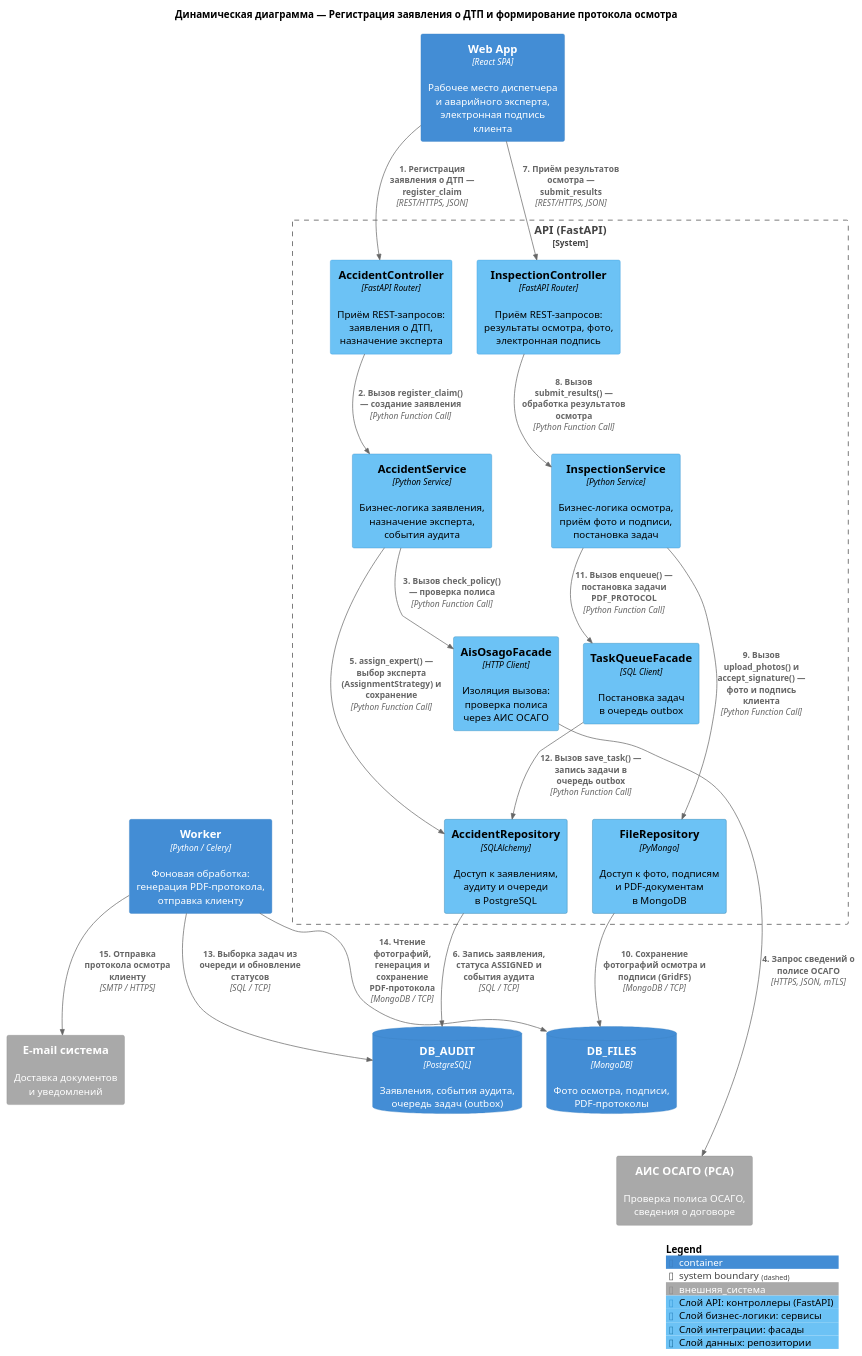
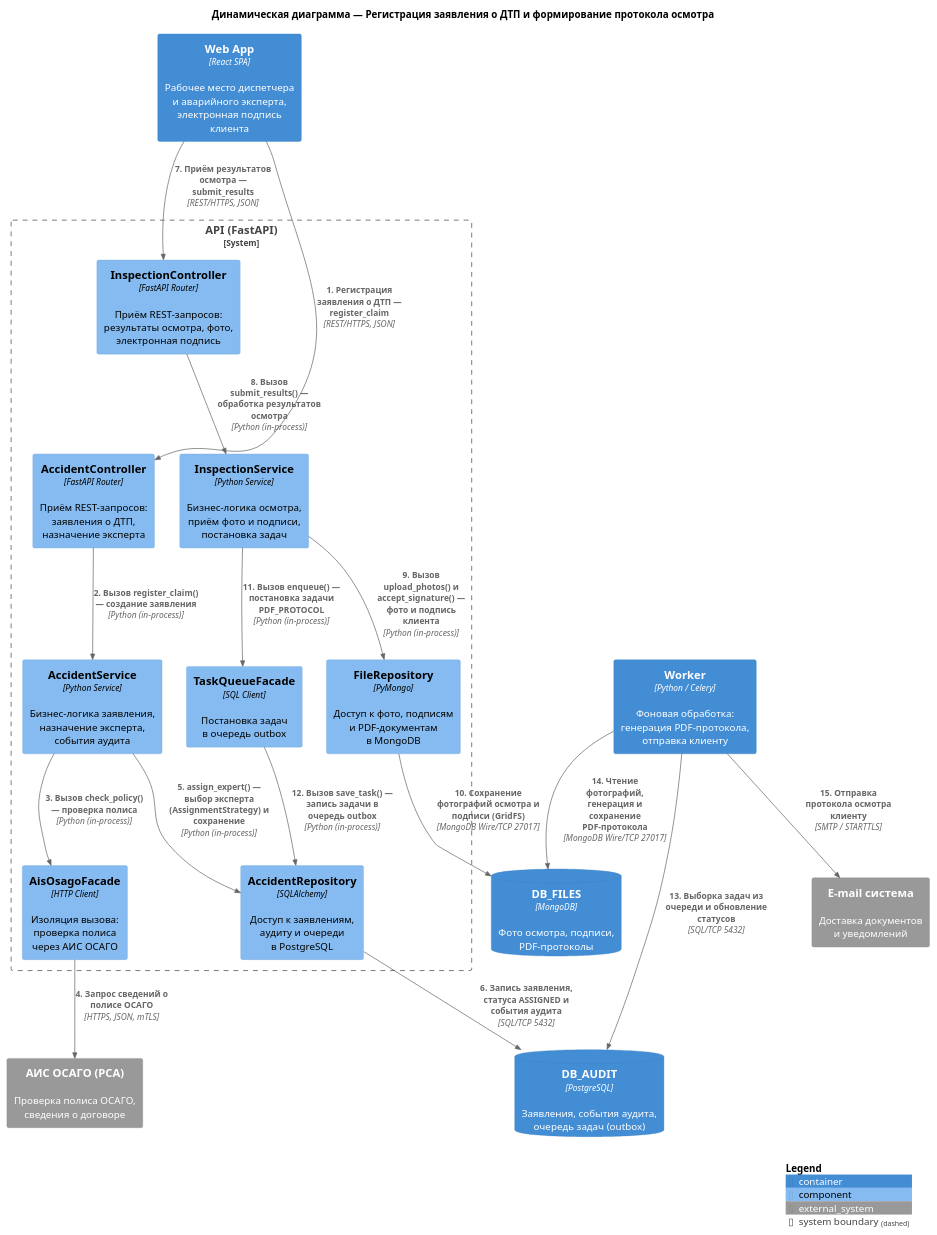
One commit to ElectricLight-ELO/Insurance-system changed the diagram in architecture/src/kiselev_api/dynamic.puml. Above: the diagram before and after it, drawn with PlantUML. The commit also changed 6 other files, not shown here.

Commit message:
kiselev_api: adapt original Dima diagrams to glossary and R1-R7 standards

```diff
--- a/architecture/src/kiselev_api/dynamic.puml
+++ b/architecture/src/kiselev_api/dynamic.puml
@@ -1,84 +1,49 @@
 @startuml
-!include https://raw.githubusercontent.com/plantuml-stdlib/C4-PlantUML/master/C4_Component.puml
+!include ../core/C4_Component.puml
 
 title Динамическая диаграмма — Регистрация заявления о ДТП и формирование протокола осмотра
-
-AddSystemTag("внешняя_система", $bgColor="#A9A9A9", $borderColor="#8A8A8A", $fontColor="#FFFFFF")
-AddComponentTag("api", $bgColor="#6cc2f5", $borderColor="#3A9BD8", $fontColor="#000000", $legendText="Слой API: контроллеры (FastAPI)")
-AddComponentTag("service", $bgColor="#6cc2f5", $borderColor="#2E86C1", $fontColor="#000000", $legendText="Слой бизнес-логики: сервисы")
-AddComponentTag("integration", $bgColor="#6cc2f5", $borderColor="#247FB0", $fontColor="#000000", $legendText="Слой интеграции: фасады")
-AddComponentTag("data", $bgColor="#6cc2f5", $borderColor="#1B6E9C", $fontColor="#000000", $legendText="Слой данных: репозитории")
-
 
 Container(web_app, "Web App", "React SPA", "Рабочее место диспетчера\nи аварийного эксперта,\nэлектронная подпись клиента")
 
 System_Boundary(api, "API (FastAPI)") {
-    Component(c_acc, "AccidentController", "FastAPI Router", "Приём REST-запросов:\nзаявления о ДТП,\nназначение эксперта", $tags="api")
-    Component(c_insp, "InspectionController", "FastAPI Router", "Приём REST-запросов:\nрезультаты осмотра, фото,\nэлектронная подпись", $tags="api")
-    Component(s_acc, "AccidentService", "Python Service", "Бизнес-логика заявления,\nназначение эксперта,\nсобытия аудита", $tags="service")
-    Component(s_insp, "InspectionService", "Python Service", "Бизнес-логика осмотра,\nприём фото и подписи,\nпостановка задач", $tags="service")
-    Component(f_ais, "AisOsagoFacade", "HTTP Client", "Изоляция вызова:\nпроверка полиса\nчерез АИС ОСАГО", $tags="integration")
-    Component(f_task, "TaskQueueFacade", "SQL Client", "Постановка задач\nв очередь outbox", $tags="integration")
-    Component(r_acc, "AccidentRepository", "SQLAlchemy", "Доступ к заявлениям,\naудиту и очереди\nв PostgreSQL", $tags="data")
-    Component(r_file, "FileRepository", "PyMongo", "Доступ к фото, подписям\nи PDF-документам\nв MongoDB", $tags="data")
+    Component(accident_comp, "AccidentController", "FastAPI Router", "Приём REST-запросов:\nзаявления о ДТП,\nназначение эксперта", $tags="layer_api")
+    Component(inspection_comp, "InspectionController", "FastAPI Router", "Приём REST-запросов:\nрезультаты осмотра, фото,\nэлектронная подпись", $tags="layer_api")
+    Component(s_acc, "AccidentService", "Python Service", "Бизнес-логика заявления,\nназначение эксперта,\nсобытия аудита", $tags="layer_service")
+    Component(s_insp, "InspectionService", "Python Service", "Бизнес-логика осмотра,\nприём фото и подписи,\nпостановка задач", $tags="layer_service")
+    Component(f_ais, "AisOsagoFacade", "HTTP Client", "Изоляция вызова:\nпроверка полиса\nчерез АИС ОСАГО", $tags="layer_integration")
+    Component(task_queue_comp, "TaskQueueFacade", "SQL Client", "Постановка задач\nв очередь outbox", $tags="layer_integration")
+    Component(r_acc, "AccidentRepository", "SQLAlchemy", "Доступ к заявлениям,\nаудиту и очереди\nв PostgreSQL", $tags="layer_data")
+    Component(r_file, "FileRepository", "PyMongo", "Доступ к фото, подписям\nи PDF-документам\nв MongoDB", $tags="layer_data")
 }
 
 ContainerDb(db_audit, "DB_AUDIT", "PostgreSQL", "Заявления, события аудита,\nочередь задач (outbox)")
 ContainerDb(db_files, "DB_FILES", "MongoDB", "Фото осмотра, подписи,\nPDF-протоколы")
 
 Container(worker, "Worker", "Python / Celery", "Фоновая обработка:\nгенерация PDF-протокола,\nотправка клиенту")
 
-System_Ext(ais_osago, "АИС ОСАГО (РСА)", "Проверка полиса ОСАГО,\nсведения о договоре", $tags="внешняя_система")
-System_Ext(email_sys, "E-mail система", "Доставка документов\nи уведомлений", $tags="внешняя_система")
-
+System_Ext(ais_osago, "АИС ОСАГО (РСА)", "Проверка полиса ОСАГО,\nсведения о договоре", $tags="ext")
+System_Ext(email_sys, "E-mail система", "Доставка документов\nи уведомлений", $tags="ext")
 
 ' === СЦЕНАРИЙ: ХРОНОЛОГИЯ ВЫЗОВОВ (СКОЗНОЙ ПРОЦЕСС) ===
 
-Rel(web_app, c_acc, "1. Регистрация заявления о ДТП — register_claim", "REST/HTTPS, JSON")
-Rel(c_acc, s_acc, "2. Вызов register_claim() — создание заявления", "Python Function Call")
-Rel(s_acc, f_ais, "3. Вызов check_policy() — проверка полиса", "Python Function Call")
+Rel(web_app, accident_comp, "1. Регистрация заявления о ДТП — register_claim", "REST/HTTPS, JSON")
+Rel(accident_comp, s_acc, "2. Вызов register_claim() — создание заявления", "Python (in-process)")
+Rel(s_acc, f_ais, "3. Вызов check_policy() — проверка полиса", "Python (in-process)")
 Rel(f_ais, ais_osago, "4. Запрос сведений о полисе ОСАГО", "HTTPS, JSON, mTLS")
-Rel(s_acc, r_acc, "5. assign_expert() — выбор эксперта (AssignmentStrategy) и сохранение", "Python Function Call")
-Rel(r_acc, db_audit, "6. Запись заявления, статуса ASSIGNED и события аудита", "SQL / TCP")
+Rel(s_acc, r_acc, "5. assign_expert() — выбор эксперта (AssignmentStrategy) и сохранение", "Python (in-process)")
+Rel(r_acc, db_audit, "6. Запись заявления, статуса ASSIGNED и события аудита", "SQL/TCP 5432")
 
-Rel(web_app, c_insp, "7. Приём результатов осмотра — submit_results", "REST/HTTPS, JSON")
-Rel(c_insp, s_insp, "8. Вызов submit_results() — обработка результатов осмотра", "Python Function Call")
-Rel(s_insp, r_file, "9. Вызов upload_photos() и accept_signature() — фото и подпись клиента", "Python Function Call")
-Rel(r_file, db_files, "10. Сохранение фотографий осмотра и подписи (GridFS)", "MongoDB / TCP")
+Rel(web_app, inspection_comp, "7. Приём результатов осмотра — submit_results", "REST/HTTPS, JSON")
+Rel(inspection_comp, s_insp, "8. Вызов submit_results() — обработка результатов осмотра", "Python (in-process)")
+Rel(s_insp, r_file, "9. Вызов upload_photos() и accept_signature() — фото и подпись клиента", "Python (in-process)")
+Rel(r_file, db_files, "10. Сохранение фотографий осмотра и подписи (GridFS)", "MongoDB Wire/TCP 27017")
 
-Rel(s_insp, f_task, "11. Вызов enqueue() — постановка задачи PDF_PROTOCOL", "Python Function Call")
-Rel(f_task, r_acc, "12. Вызов save_task() — запись задачи в очередь outbox", "Python Function Call")
+Rel(s_insp, task_queue_comp, "11. Вызов enqueue() — постановка задачи PDF_PROTOCOL", "Python (in-process)")
+Rel(task_queue_comp, r_acc, "12. Вызов save_task() — запись задачи в очередь outbox", "Python (in-process)")
 
-Rel(worker, db_audit, "13. Выборка задач из очереди и обновление статусов", "SQL / TCP")
-Rel(worker, db_files, "14. Чтение фотографий, генерация и сохранение PDF-протокола", "MongoDB / TCP")
-Rel(worker, email_sys, "15. Отправка протокола осмотра клиенту", "SMTP / HTTPS")
-
-
-' === УПРАВЛЕНИЕ LAYOUT (СКРЫТЫЕ СВЯЗИ) ===
-web_app -[hidden]down- c_acc
-
-c_acc -[hidden]right- c_insp
-c_acc -[hidden]down- s_acc
-c_insp -[hidden]down- s_insp
-
-s_acc -[hidden]right- s_insp
-s_acc -[hidden]down- f_ais
-s_insp -[hidden]down- f_task
-
-f_ais -[hidden]right- f_task
-f_ais -[hidden]down- r_acc
-f_task -[hidden]down- r_file
-
-r_acc -[hidden]right- r_file
-r_acc -[hidden]down- db_audit
-r_file -[hidden]down- db_files
-
-db_audit -[hidden]right- db_files
-db_audit -[hidden]down- worker
-worker -[hidden]right- email_sys
-db_files -[hidden]down- ais_osago
-
+Rel(worker, db_audit, "13. Выборка задач из очереди и обновление статусов", "SQL/TCP 5432")
+Rel(worker, db_files, "14. Чтение фотографий, генерация и сохранение PDF-протокола", "MongoDB Wire/TCP 27017")
+Rel(worker, email_sys, "15. Отправка протокола осмотра клиенту", "SMTP / STARTTLS", $tags="async")
 
 SHOW_LEGEND()
-
 @enduml
```
